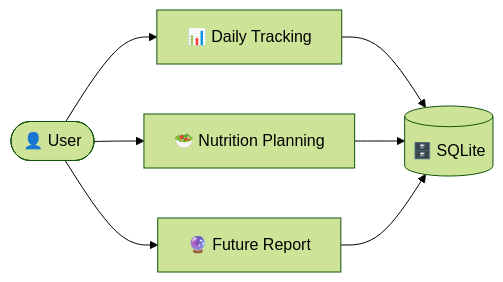
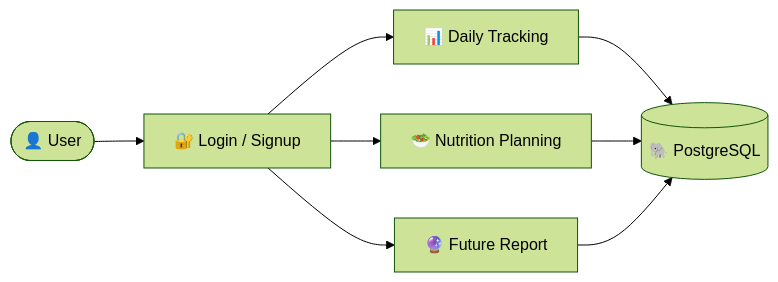
Before and after one commit to adityadubey2211-prog/FUTR: the first of 5 diagrams in README.md, drawn with Mermaid (forest theme). The commit also changed other lines of this file, not shown here.

````diff
--- a/README.md
+++ b/README.md
@@ -118,9 +210,10 @@
 ```mermaid
 flowchart LR
-    U([👤 User]) --> T[📊 Daily Tracking]
-    U --> N[🥗 Nutrition Planning]
-    U --> F[🔮 Future Report]
-    T --> DB[(🗄️ SQLite)]
+    U([👤 User]) --> A[🔐 Login / Signup]
+    A --> T[📊 Daily Tracking]
+    A --> N[🥗 Nutrition Planning]
+    A --> F[🔮 Future Report]
+    T --> DB[(🐘 PostgreSQL)]
     N --> DB
     F --> DB
 ```
````
